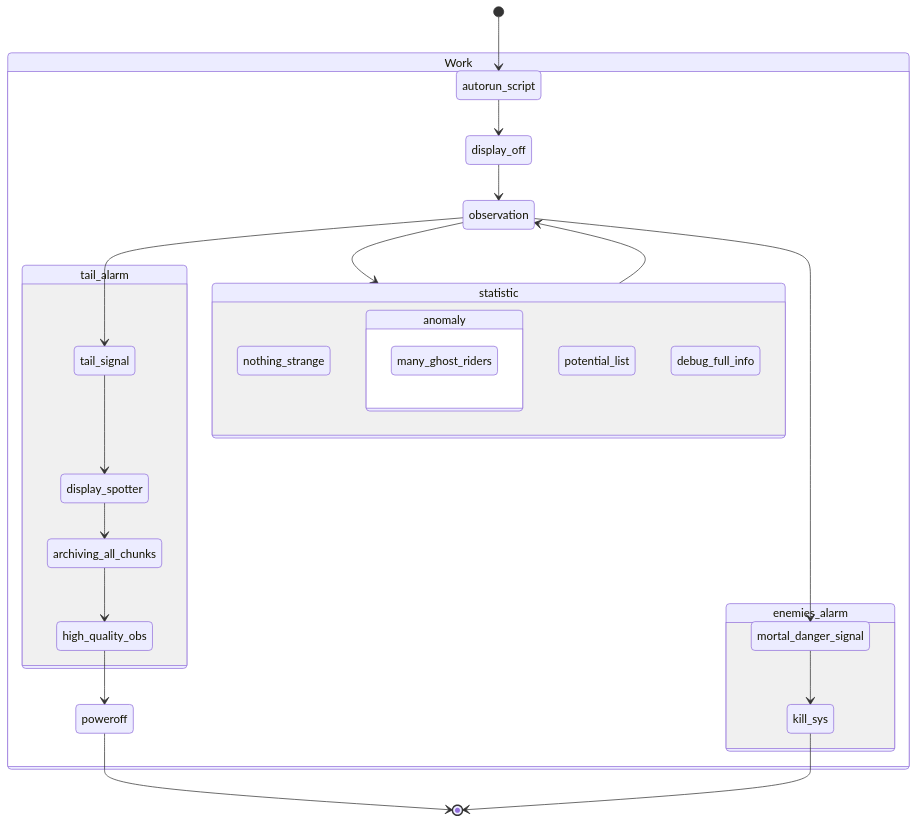
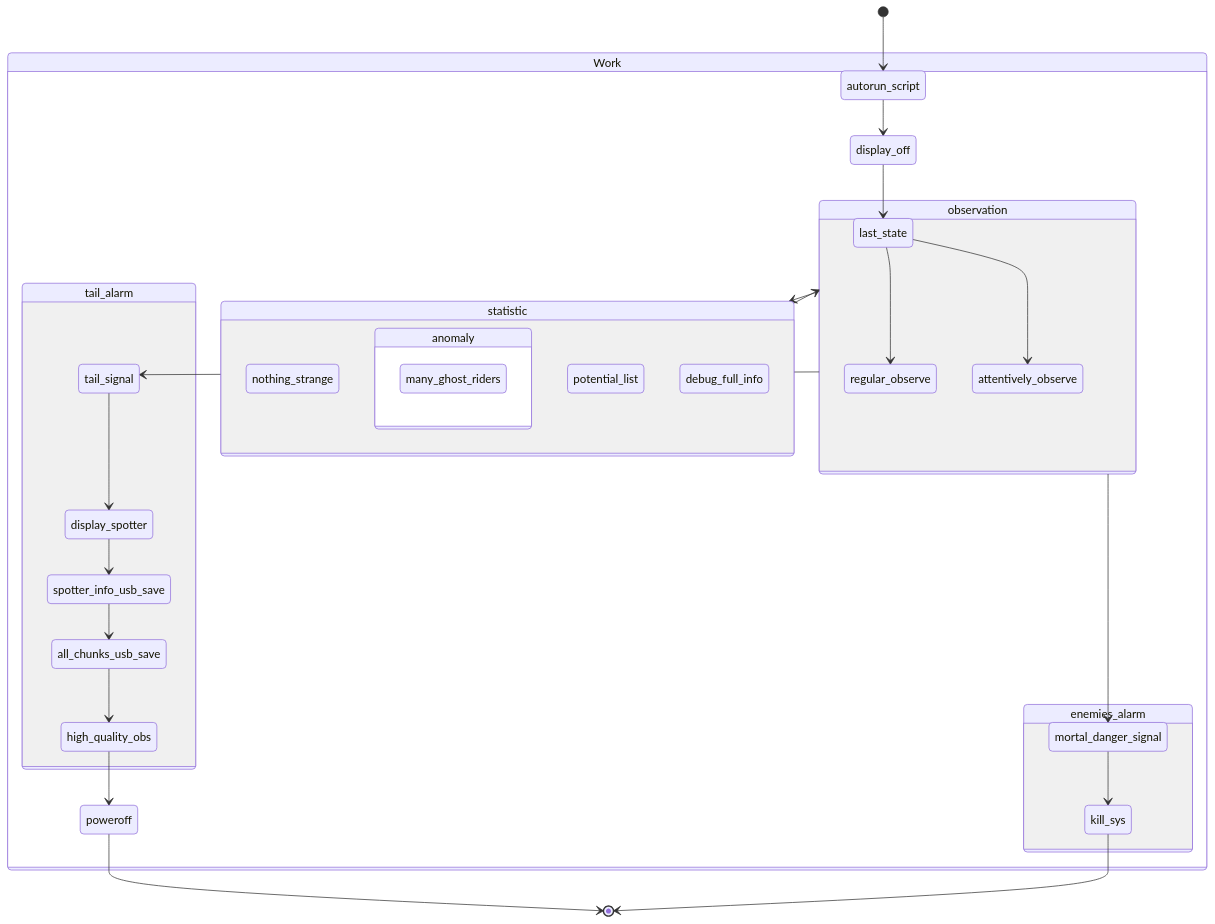
One commit to migeliusIV/sCam changed the diagram in README.md. Above: the diagram before and after it, drawn with Mermaid. The commit also changed other lines of this file and 1 other file, not shown here.

Commit message:
BPMN-diagram has been appended.

````diff
--- a/README.md
+++ b/README.md
@@ -9,45 +9,54 @@
 ```mermaid
 stateDiagram
     [*] --> autorun_script
     poweroff --> [*]
     kill_sys --> [*]
 
     state Work {
         autorun_script --> display_off
-        display_off --> observation
+        display_off --> last_state
         
         observation --> mortal_danger_signal
         observation --> tail_signal
         observation --> statistic
         
         statistic --> observation
         # observation-->poweroff
-    
+
+        state observation {
+            last_state --> regular_observe
+            last_state --> attentively_observe
+            regular_observe 
+            attentively_observe
+        }
+
         state tail_alarm {
             tail_signal --> display_spotter 
             # at half - photo with statistic, at half - real time grab
-            display_spotter --> archiving_all_chunks
-            archiving_all_chunks --> high_quality_obs
+            display_spotter --> spotter_info_usb_save
+            spotter_info_usb_save --> all_chunks_usb_save
+            # we are predicting change of cars 
+            all_chunks_usb_save --> high_quality_obs
             # permanent saving
             high_quality_obs --> poweroff
         }
 
         state enemies_alarm {
             mortal_danger_signal --> kill_sys
             kill_sys
         }
 
         state statistic {
             nothing_strange
             anomaly
             state anomaly {
                 many_ghost_riders
 
             }
             potential_list
             debug_full_info
         }
         
         poweroff
     }
 ```
````
